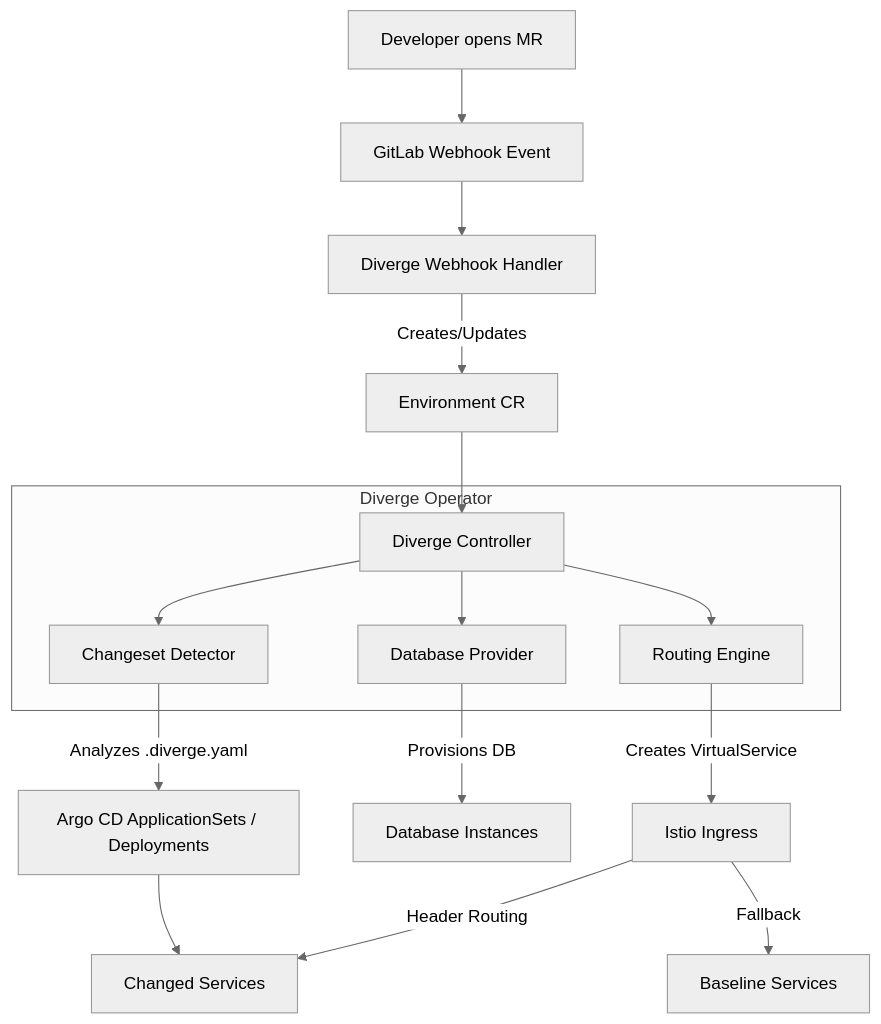
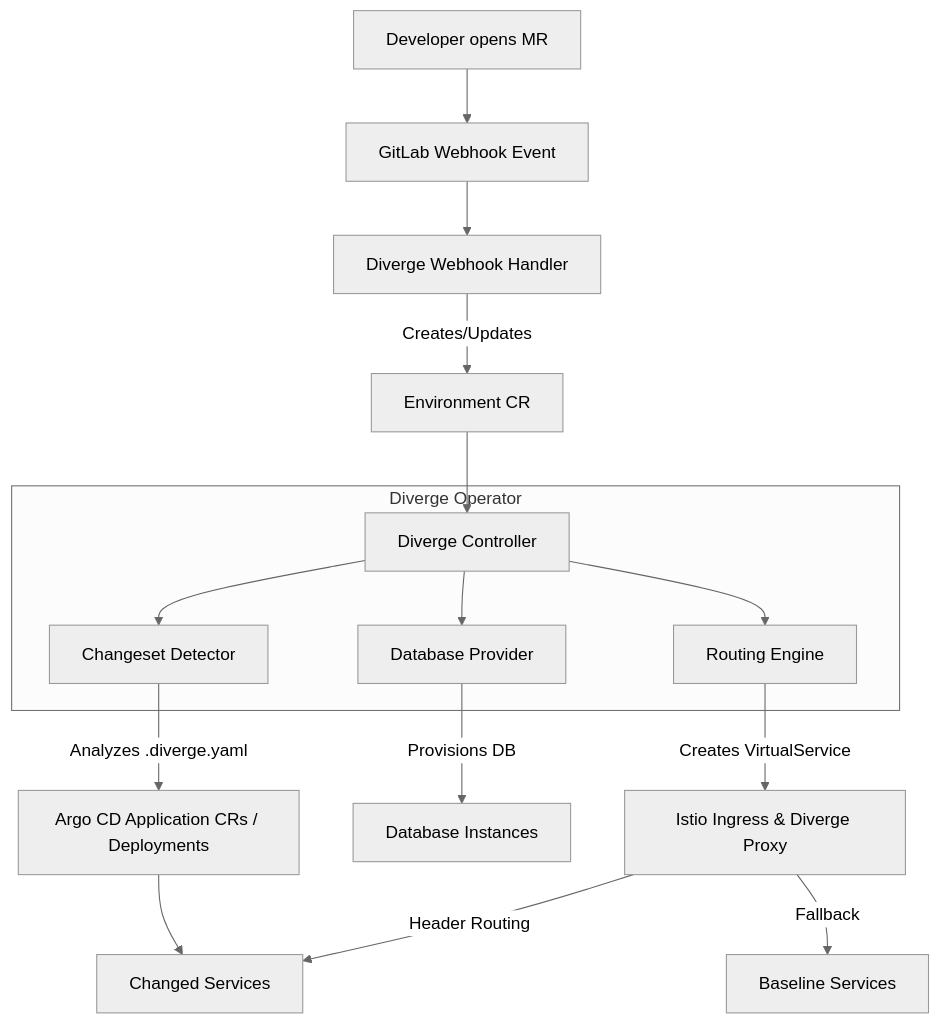
The diagram in docs/architecture.md (divergedev/diverge), drawn with Mermaid (neutral theme) before and after one commit. The commit also changed other lines of this file and 4 other files, not shown here.

First line of the commit message:
docs: update README, add AGENTS.md, refresh architecture docs

````diff
--- a/docs/architecture.md
+++ b/docs/architecture.md
@@ -10,21 +10,21 @@
 ```mermaid
 flowchart TD
     A[Developer opens MR] --> B[GitLab Webhook Event]
     B --> C[Diverge Webhook Handler]
     C -->|Creates/Updates| D[Environment CR]
     D --> E[Diverge Controller]
-    
+
     subgraph Diverge Operator
         E --> F[Changeset Detector]
         E --> G[Database Provider]
         E --> H[Routing Engine]
     end
 
-    F -->|Analyzes .diverge.yaml| I[Argo CD ApplicationSets / Deployments]
+    F -->|Analyzes .diverge.yaml| I[Argo CD Application CRs / Deployments]
     G -->|Provisions DB| J[Database Instances]
-    H -->|Creates VirtualService| K[Istio Ingress]
-    
+    H -->|Creates VirtualService| K[Istio Ingress & Diverge Proxy]
+
     I --> L[Changed Services]
     K -->|Header Routing| L
     K -->|Fallback| M[Baseline Services]
 ```
````
